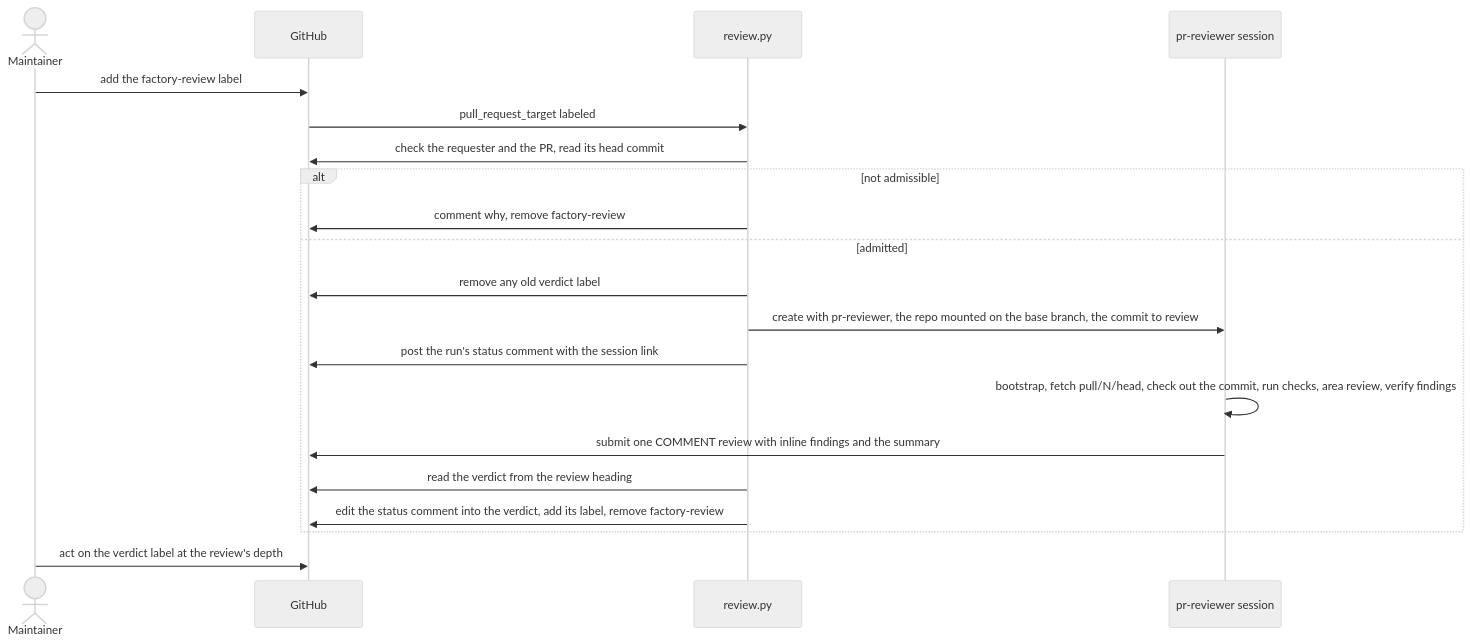
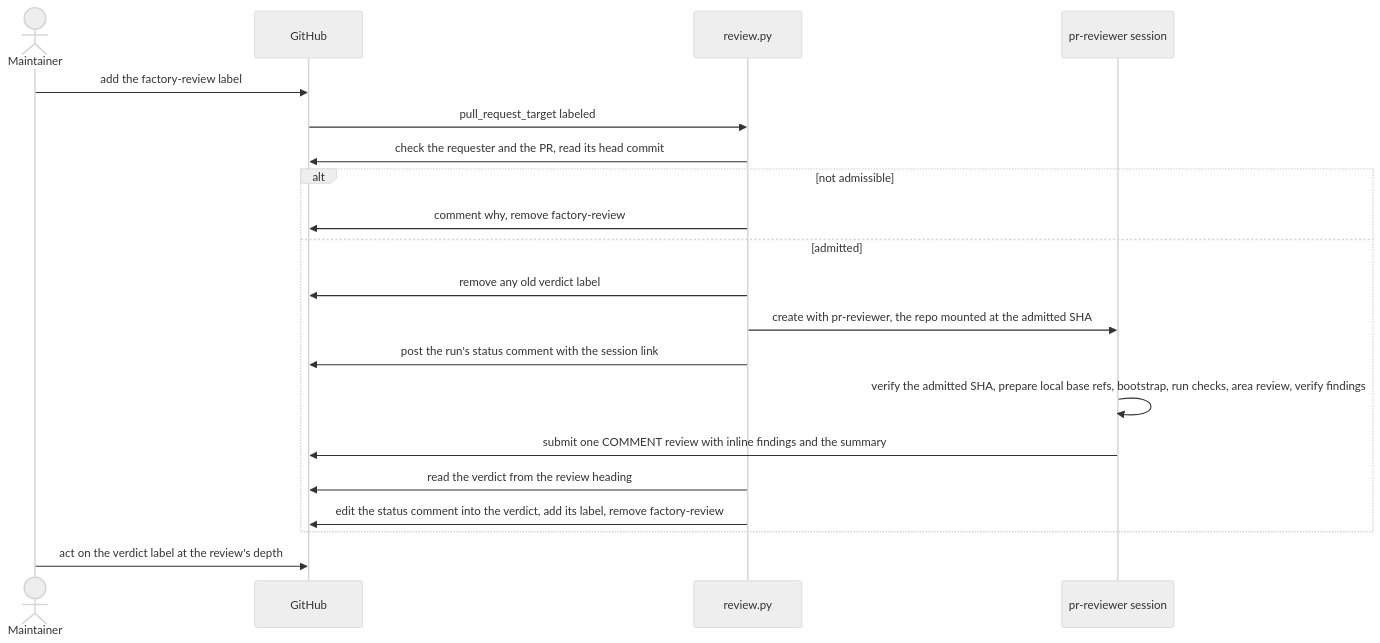
One commit to Arize-ai/phoenix changed the third of 5 diagrams in factory/README.md. Above: the diagram before and after it, drawn with Mermaid (neutral theme). The commit also changed other lines of this file and 2 other files, not shown here.

Commit message:
docs(factory): align checkout flow and prepare reviewer base refs

````diff
--- a/factory/README.md
+++ b/factory/README.md
@@ -182,23 +182,23 @@
 ```mermaid
 sequenceDiagram
   actor maintainer as Maintainer
   participant github as GitHub
   participant review as review.py
   participant session as pr-reviewer session
 
   maintainer->>github: add the factory-review label
   github->>review: pull_request_target labeled
   review->>github: check the requester and the PR, read its head commit
   alt not admissible
     review->>github: comment why, remove factory-review
   else admitted
     review->>github: remove any old verdict label
-    review->>session: create with pr-reviewer, the repo mounted on the base branch, the commit to review
+    review->>session: create with pr-reviewer, the repo mounted at the admitted SHA
     review->>github: post the run's status comment with the session link
-    session->>session: bootstrap, fetch pull/N/head, check out the commit, run checks, area review, verify findings
+    session->>session: verify the admitted SHA, prepare local base refs, bootstrap, run checks, area review, verify findings
     session->>github: submit one COMMENT review with inline findings and the summary
     review->>github: read the verdict from the review heading
     review->>github: edit the status comment into the verdict, add its label, remove factory-review
   end
   maintainer->>github: act on the verdict label at the review's depth
 ```
````
